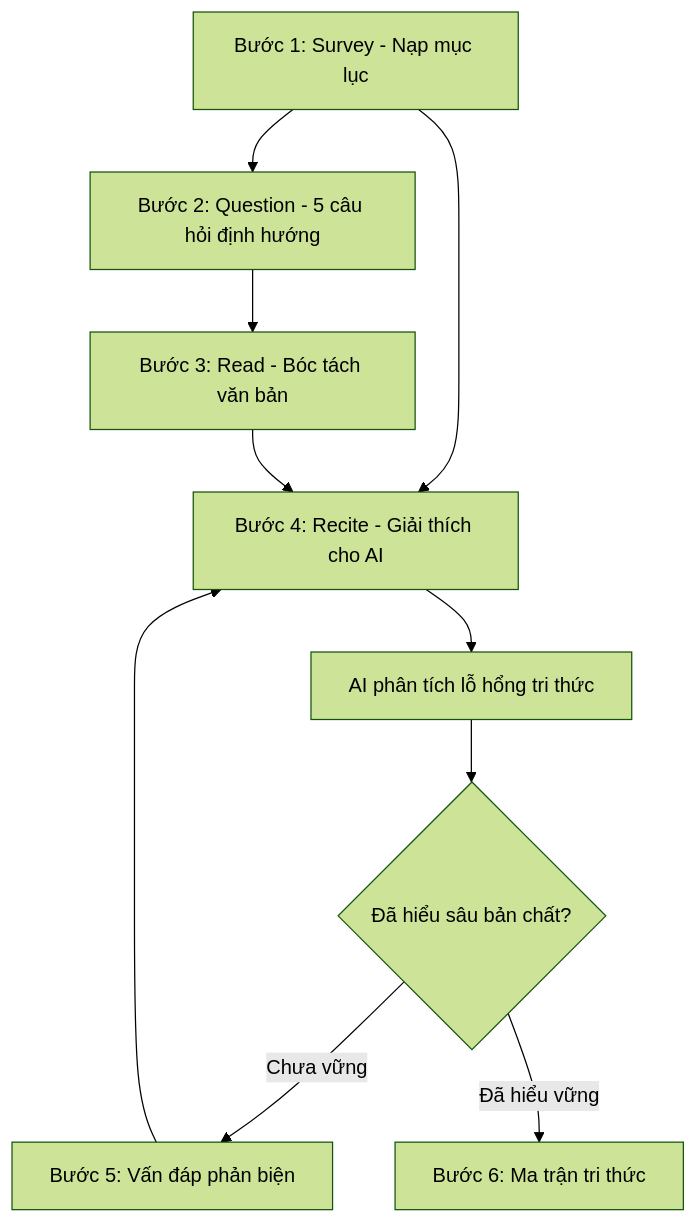
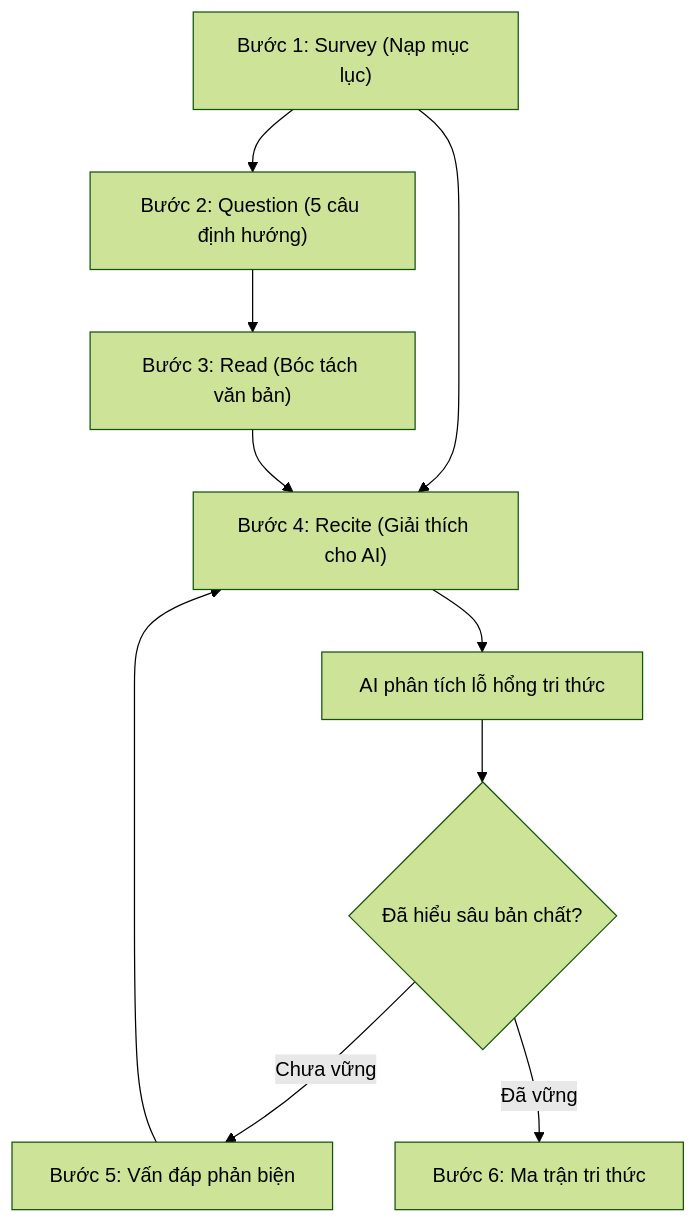
Before and after one commit to nguyengoctin/my_website: the diagram in content/posts/doc-sach-hoc-thuat-cung-ai.md, drawn with Mermaid (forest theme). The commit also changed 9 other files, not shown here.

````diff
--- a/content/posts/doc-sach-hoc-thuat-cung-ai.md
+++ b/content/posts/doc-sach-hoc-thuat-cung-ai.md
@@ -41,12 +41,20 @@
 ```mermaid
 flowchart TD
-    S1["Bước 1: Survey - Nạp mục lục"] --> S2["Bước 2: Question - 5 câu hỏi định hướng"]
-    S2 --> S3["Bước 3: Read - Bóc tách văn bản"]
-    S1 --> F1["Bước 4: Recite - Giải thích cho AI"]
+    S1["`Bước 1: Survey (Nạp mục lục)`"]
+    S2["`Bước 2: Question (5 câu định hướng)`"]
+    S3["`Bước 3: Read (Bóc tách văn bản)`"]
+    F1["`Bước 4: Recite (Giải thích cho AI)`"]
+    F2["`AI phân tích lỗ hổng tri thức`"]
+    F3{"`Đã hiểu sâu bản chất?`"}
+    F4["`Bước 5: Vấn đáp phản biện`"]
+    R1["`Bước 6: Ma trận tri thức`"]
+    S1 --> S2
+    S2 --> S3
+    S1 --> F1
     S3 --> F1
-    F1 --> F2["AI phân tích lỗ hổng tri thức"]
-    F2 --> F3{"Đã hiểu sâu bản chất?"}
-    F3 -->|Chưa vững| F4["Bước 5: Vấn đáp phản biện"]
+    F1 --> F2
+    F2 --> F3
+    F3 -->|Chưa vững| F4
     F4 --> F1
-    F3 -->|Đã hiểu vững| R1["Bước 6: Ma trận tri thức"]
+    F3 -->|Đã vững| R1
 ```
````
